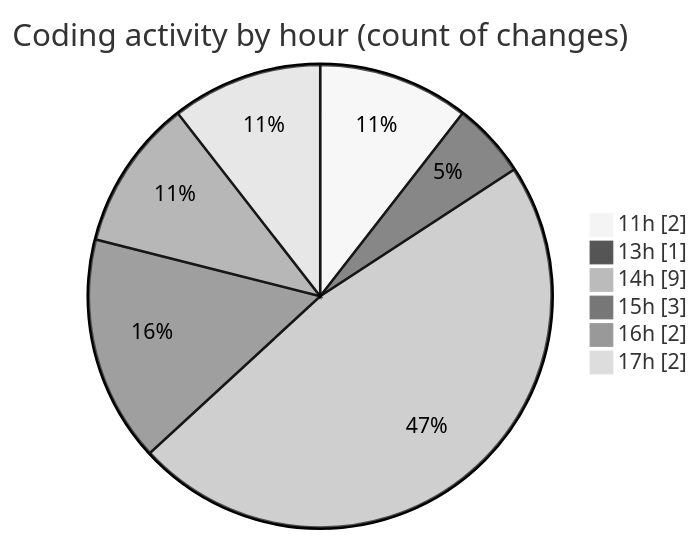
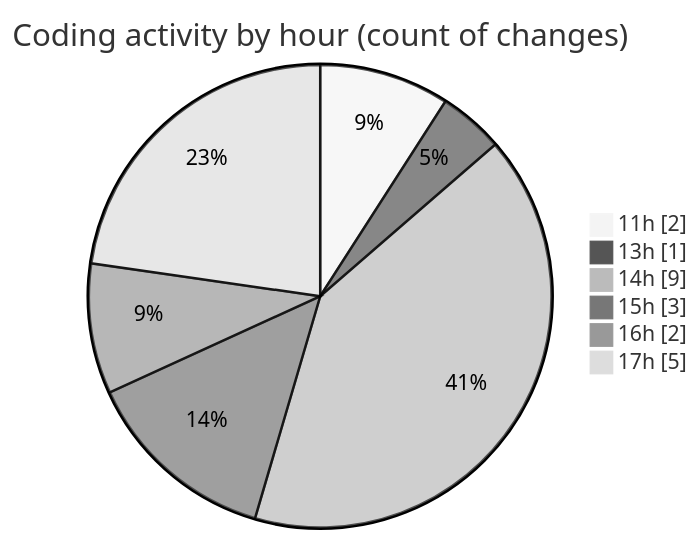
One commit to nxtqubesakshisongat/code-tracking changed the second of 2 diagrams in 2026-06-18/nxtqube_webapp/README.md. Above: the diagram before and after it, drawn with Mermaid (neutral theme). The commit also changed other lines of this file and 1 other file, not shown here.

````diff
--- a/2026-06-18/nxtqube_webapp/README.md
+++ b/2026-06-18/nxtqube_webapp/README.md
@@ -28,10 +28,10 @@
 ```mermaid
 pie showData
 title Coding activity by hour (count of changes)
 "11h" : 2
 "13h" : 1
 "14h" : 9
 "15h" : 3
 "16h" : 2
-"17h" : 2
+"17h" : 5
 ```
````
